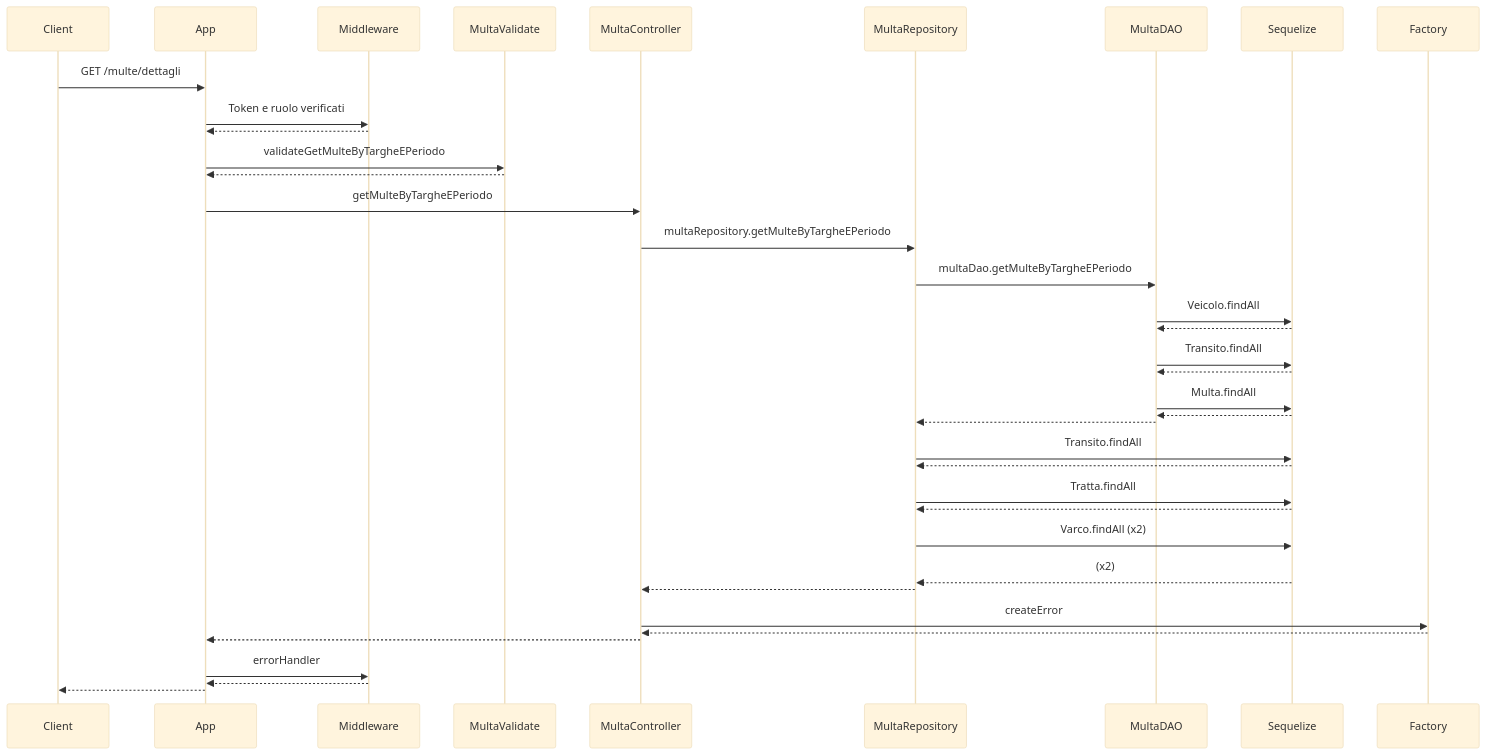
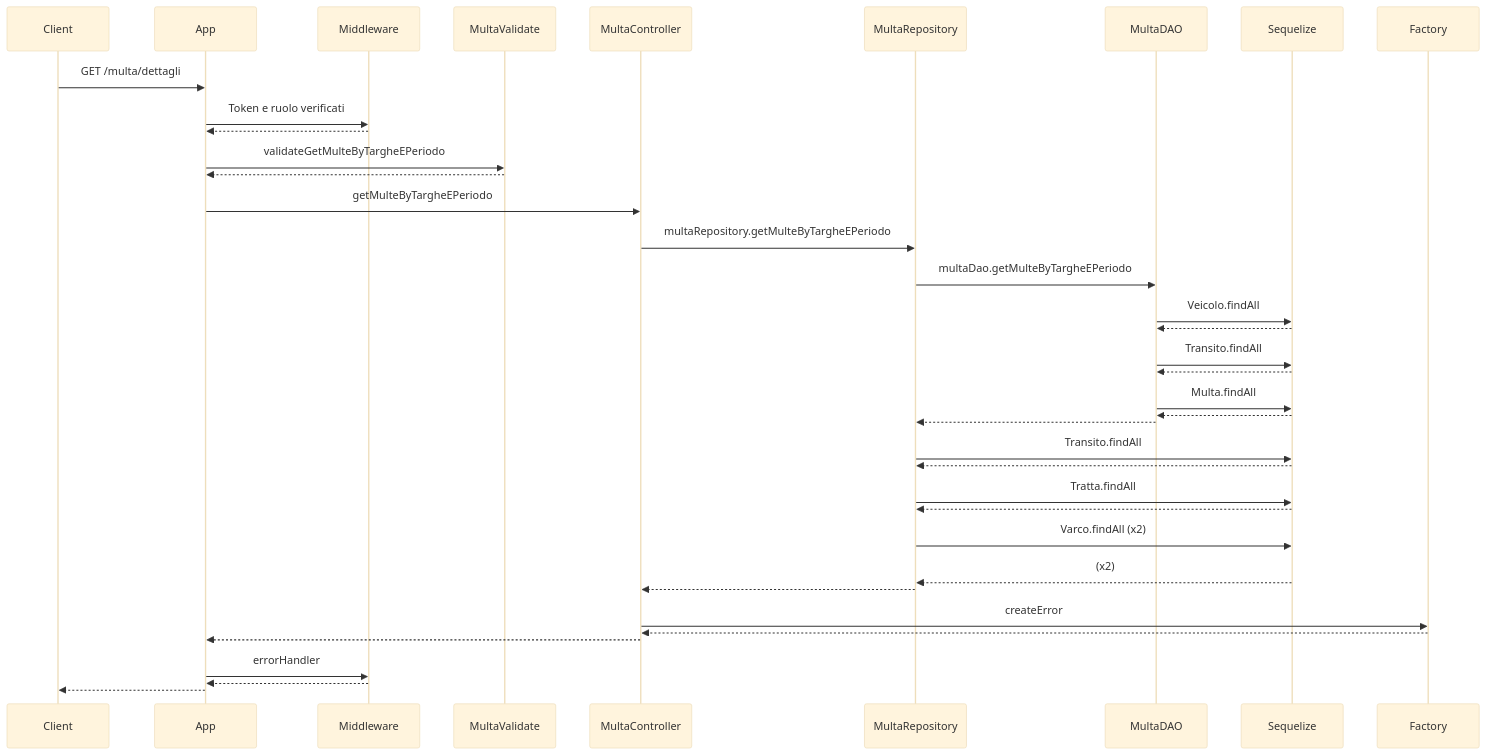
One commit to MattSona99/ProgettoPA changed diagram 13 of 14 in README.md. Above: the diagram before and after it, drawn with Mermaid (base theme). The commit also changed other lines of this file, not shown here.

````diff
--- a/README.md
+++ b/README.md
@@ -642,41 +642,41 @@
 ```mermaid
 sequenceDiagram
   participant C as Client
   participant A as App
   participant M as Middleware
   participant MV as MultaValidate
   participant CN as MultaController
   participant R as MultaRepository
   participant MD as MultaDAO
   participant S as Sequelize
   participant F as Factory
 
-  C ->> A: GET /multe/dettagli
+  C ->> A: GET /multa/dettagli
   A ->> M: Token e ruolo verificati
   M -->> A:
   A ->> MV: validateGetMulteByTargheEPeriodo
   MV -->> A: 
   A ->> CN: getMulteByTargheEPeriodo
   CN ->> R: multaRepository.getMulteByTargheEPeriodo
   R ->> MD: multaDao.getMulteByTargheEPeriodo
   MD ->> S: Veicolo.findAll
   S -->> MD:
   MD ->> S: Transito.findAll
   S -->> MD:
   MD ->> S: Multa.findAll
   S -->> MD:
   MD -->> R:
   R ->> S: Transito.findAll
   S -->> R:
   R ->> S: Tratta.findAll
   S -->> R:
   R ->> S: Varco.findAll (x2)
   S -->> R: (x2)
   R -->> CN: 
   CN ->> F: createError
   F -->> CN: 
   CN -->> A: 
   A ->> M: errorHandler
   M -->> A: 
   A -->> C:
 ```
````
